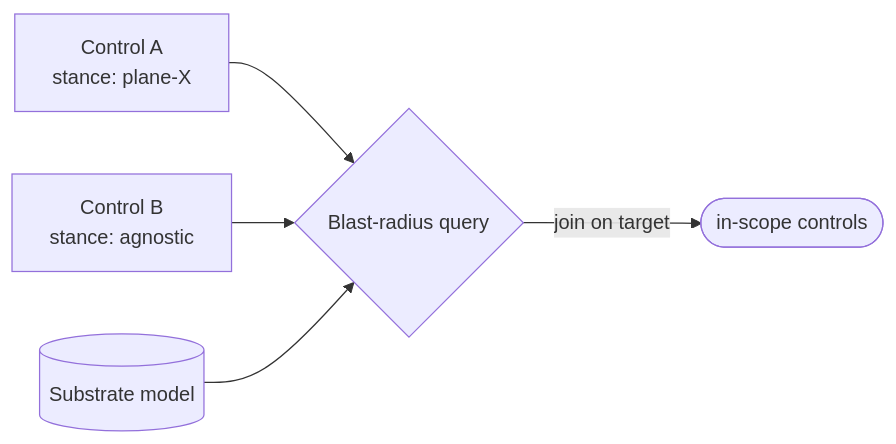
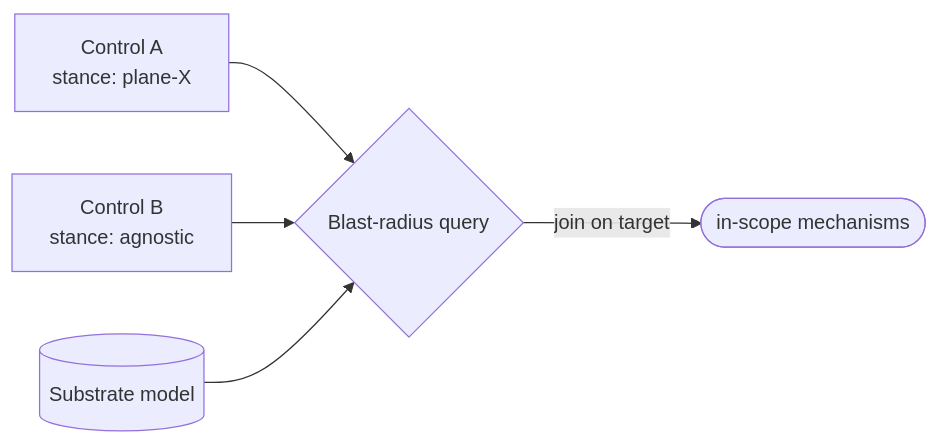
Before and after one commit to davisjam/agent-governance-mechanisms: the diagram in book/appendix-fills/models-bridge/control-substrate-dependency.md, drawn with Mermaid. The commit also changed other lines of this file and 253 other files, not shown here.

````diff
--- a/book/appendix-fills/models-bridge/control-substrate-dependency.md
+++ b/book/appendix-fills/models-bridge/control-substrate-dependency.md
@@ -36,7 +36,7 @@
 ```mermaid
 flowchart LR
   C1[Control A<br/>stance: plane-X] --> Q{Blast-radius query}
   C2[Control B<br/>stance: agnostic] --> Q
   Sub[(Substrate model)] --> Q
-  Q -->|join on target| Table([in-scope controls])
+  Q -->|join on target| Table([in-scope mechanisms])
 ```
````
